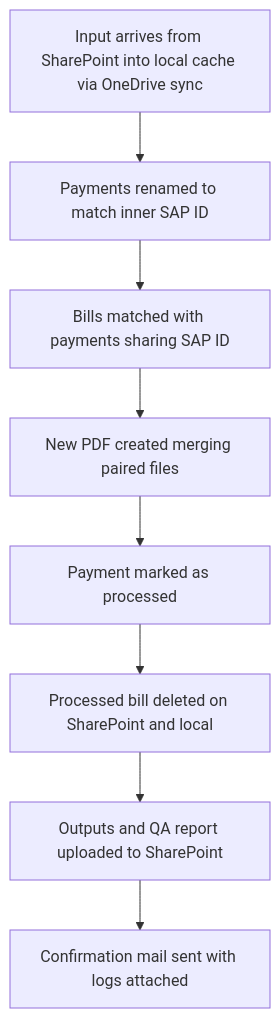
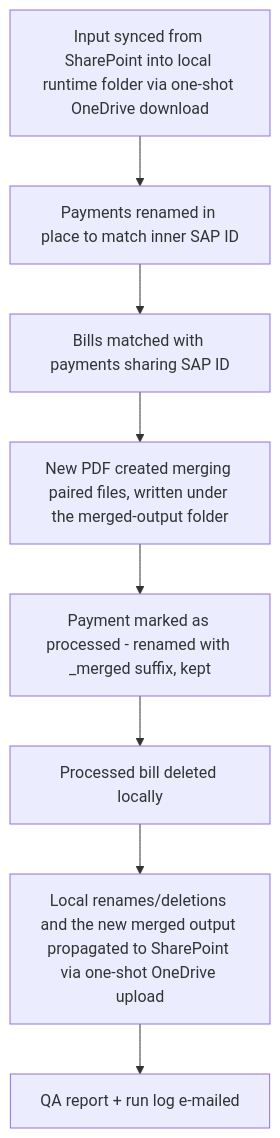
Before and after one commit to ICIQ-DMP/justifactu-docs: the second of 3 diagrams in docs/explanation/phase1_2_individual_bills.md, drawn with Mermaid. The commit also changed other lines of this file and 1 other file, not shown here.

````diff
--- a/docs/explanation/phase1_2_individual_bills.md
+++ b/docs/explanation/phase1_2_individual_bills.md
@@ -84,19 +93,19 @@
 ```mermaid
 flowchart TD
-    A[Input arrives from SharePoint into local cache via OneDrive sync]
-    B[Payments renamed to match inner SAP ID]
+    A[Input synced from SharePoint into local runtime folder via one-shot OneDrive download]
+    B[Payments renamed in place to match inner SAP ID]
     C[Bills matched with payments sharing SAP ID]
-    D[New PDF created merging paired files]
-    E[Payment marked as processed]
-    F[Processed bill deleted on SharePoint and local]
-    G[Outputs and QA report uploaded to SharePoint]
-    H[Confirmation mail sent with logs attached]
+    D[New PDF created merging paired files, written under the merged-output folder]
+    E[Payment marked as processed - renamed with _merged suffix, kept]
+    F[Processed bill deleted locally]
+    G[Local renames/deletions and the new merged output propagated to SharePoint via one-shot OneDrive upload]
+    H[QA report + run log e-mailed]
 
     A --> B
     B --> C
     C --> D
     D --> E
     E --> F
     F --> G
     G --> H
 ```
````
